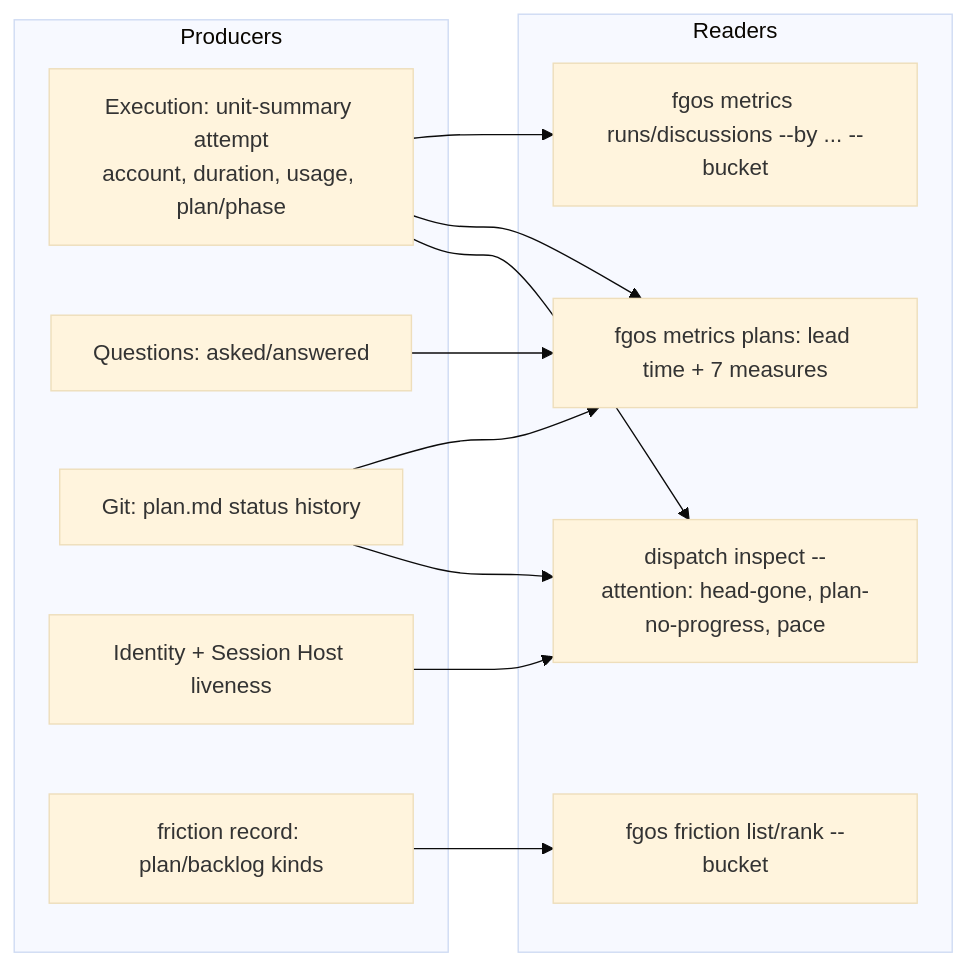
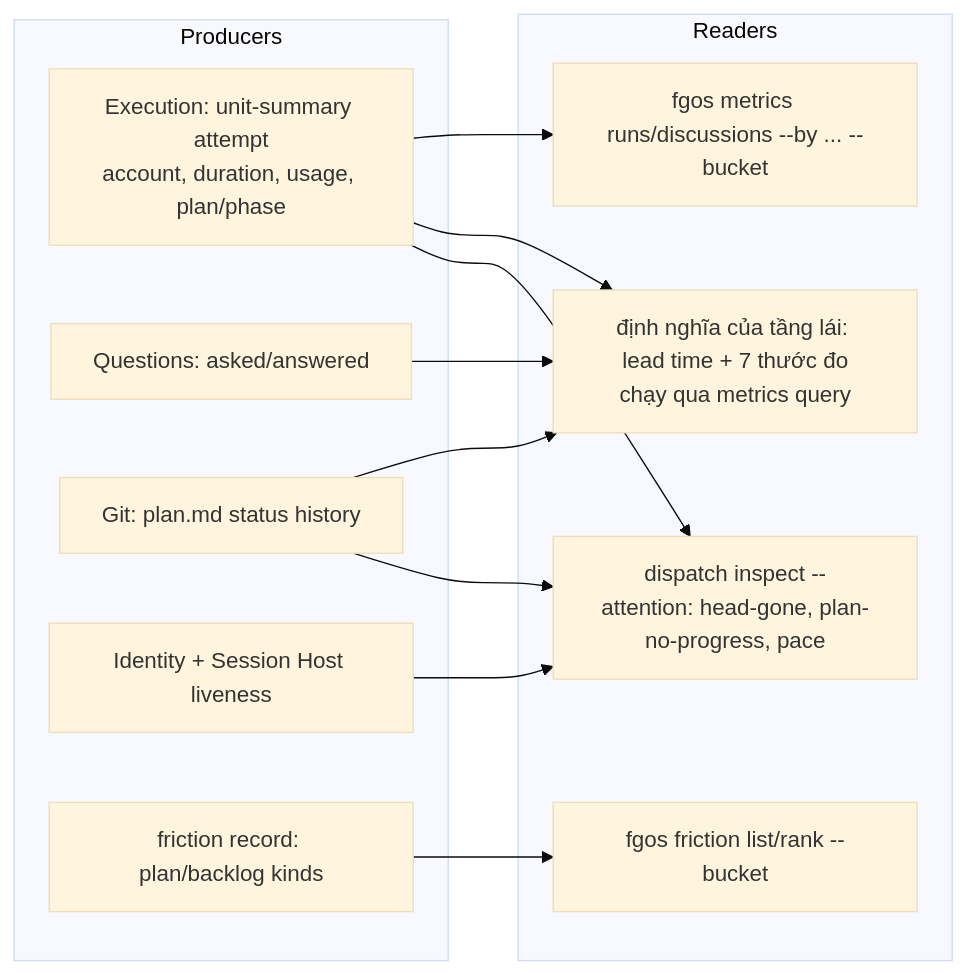
One commit to vantt/forgent changed the diagram in docs/discussions/ops-metrics/DISCUSSION.md. Above: the diagram before and after it, drawn with Mermaid (base theme). The commit also changed other lines of this file, not shown here.

Commit message:
docs(ops-metrics): driving measures are consumer definitions over the generic query

````diff
--- a/docs/discussions/ops-metrics/DISCUSSION.md
+++ b/docs/discussions/ops-metrics/DISCUSSION.md
@@ -185,21 +196,21 @@
 ```mermaid
 flowchart LR
   subgraph Producers
     EX[Execution: unit-summary attempt\naccount, duration, usage, plan/phase]
     Q[Questions: asked/answered]
     G[Git: plan.md status history]
     ID[Identity + Session Host liveness]
     FR[friction record: plan/backlog kinds]
   end
   subgraph Readers
     M[fgos metrics runs/discussions --by ... --bucket]
-    MP[fgos metrics plans: lead time + 7 measures]
+    MP[định nghĩa của tầng lái: lead time + 7 thước đo\nchạy qua metrics query]
     F[fgos friction list/rank --bucket]
     AV[dispatch inspect --attention: head-gone, plan-no-progress, pace]
   end
   EX --> M & MP & AV
   Q --> MP
   G --> MP & AV
   ID --> AV
   FR --> F
 ```
````
